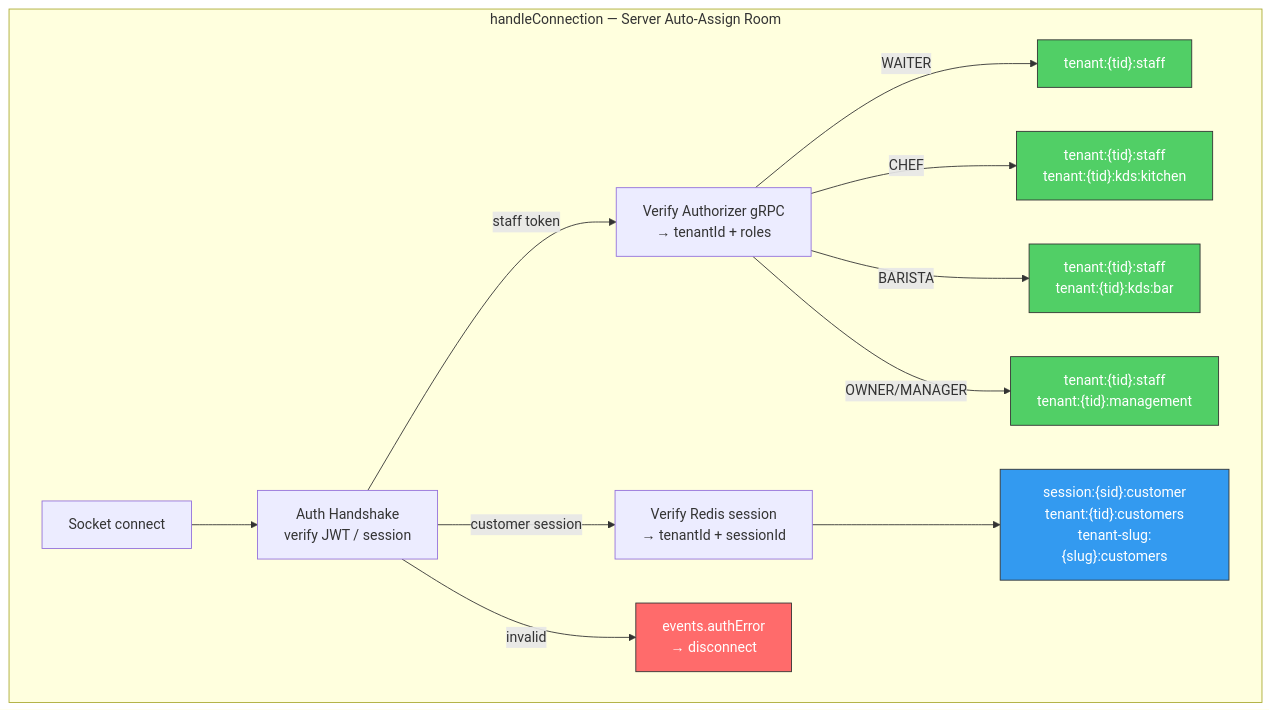
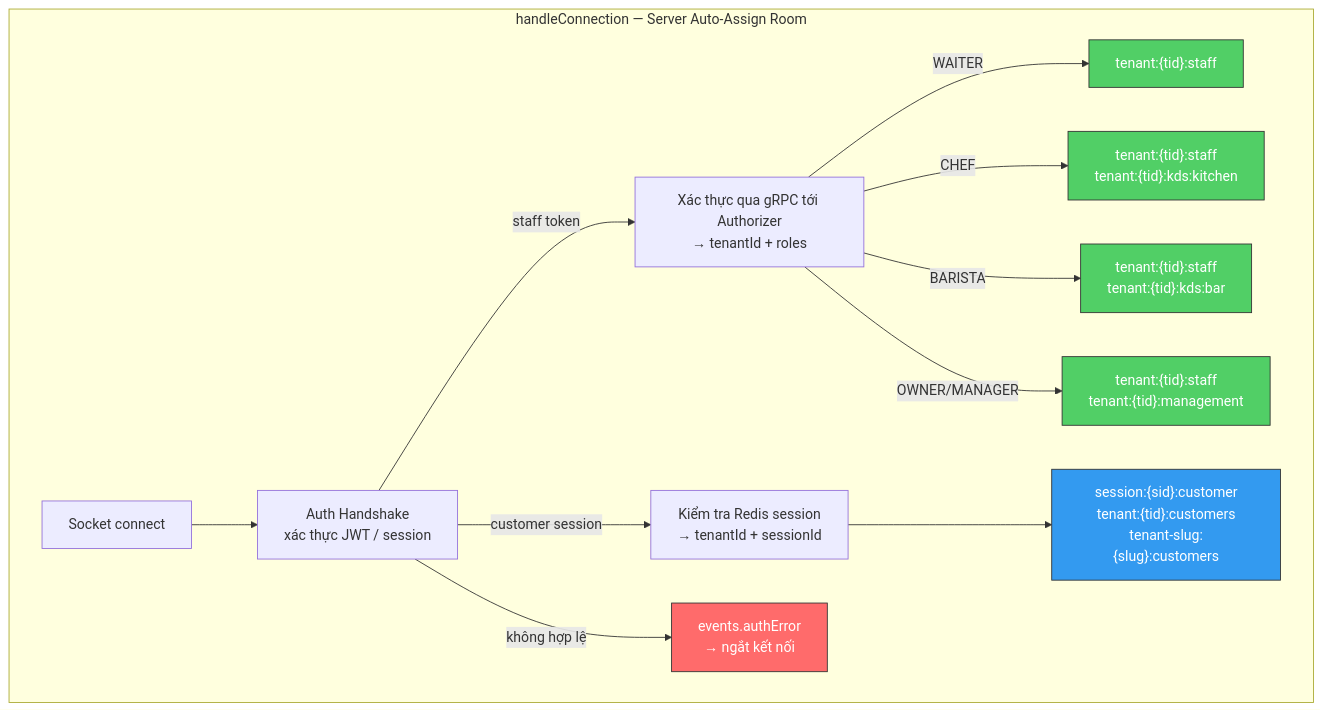
One commit to quan-vo-dinh/saas-pos-microservices-qrtable changed the sixth of 11 diagrams in docs/guides/websocket-socketio-qrtable.md. Above: the diagram before and after it, drawn with Mermaid. The commit also changed other lines of this file and 8 other files, not shown here.

Commit message:
docs: update architecture guides, codebase map, and consolidation plans

````diff
--- a/docs/guides/websocket-socketio-qrtable.md
+++ b/docs/guides/websocket-socketio-qrtable.md
@@ -398,28 +398,28 @@
 ```mermaid
 graph TB
 subgraph "handleConnection — Server Auto-Assign Room"
         CONN["Socket connect"]
-        AUTH["Auth Handshake\nverify JWT / session"]
+        AUTH["Auth Handshake\nxác thực JWT / session"]
 
         CONN --> AUTH
 
-        AUTH -->|"staff token"| STAFF["Verify Authorizer gRPC\n→ tenantId + roles"]
-        AUTH -->|"customer session"| CUST["Verify Redis session\n→ tenantId + sessionId"]
+        AUTH -->|"staff token"| STAFF["Xác thực qua gRPC tới Authorizer\n→ tenantId + roles"]
+        AUTH -->|"customer session"| CUST["Kiểm tra Redis session\n→ tenantId + sessionId"]
 
         STAFF -->|"WAITER"| R1["tenant:{tid}:staff"]
         STAFF -->|"CHEF"| R2["tenant:{tid}:staff\ntenant:{tid}:kds:kitchen"]
         STAFF -->|"BARISTA"| R3["tenant:{tid}:staff\ntenant:{tid}:kds:bar"]
         STAFF -->|"OWNER/MANAGER"| R4["tenant:{tid}:staff\ntenant:{tid}:management"]
 
         CUST --> R5["session:{sid}:customer\ntenant:{tid}:customers\ntenant-slug:{slug}:customers"]
 
-        AUTH -->|"invalid"| ERR["events.authError\n→ disconnect"]
+        AUTH -->|"không hợp lệ"| ERR["events.authError\n→ ngắt kết nối"]
     end
 
     style ERR fill:#ff6b6b,stroke:#333,color:#fff
     style R1 fill:#51cf66,stroke:#333,color:#fff
     style R2 fill:#51cf66,stroke:#333,color:#fff
     style R3 fill:#51cf66,stroke:#333,color:#fff
     style R4 fill:#51cf66,stroke:#333,color:#fff
     style R5 fill:#339af0,stroke:#333,color:#fff
 ```
````
